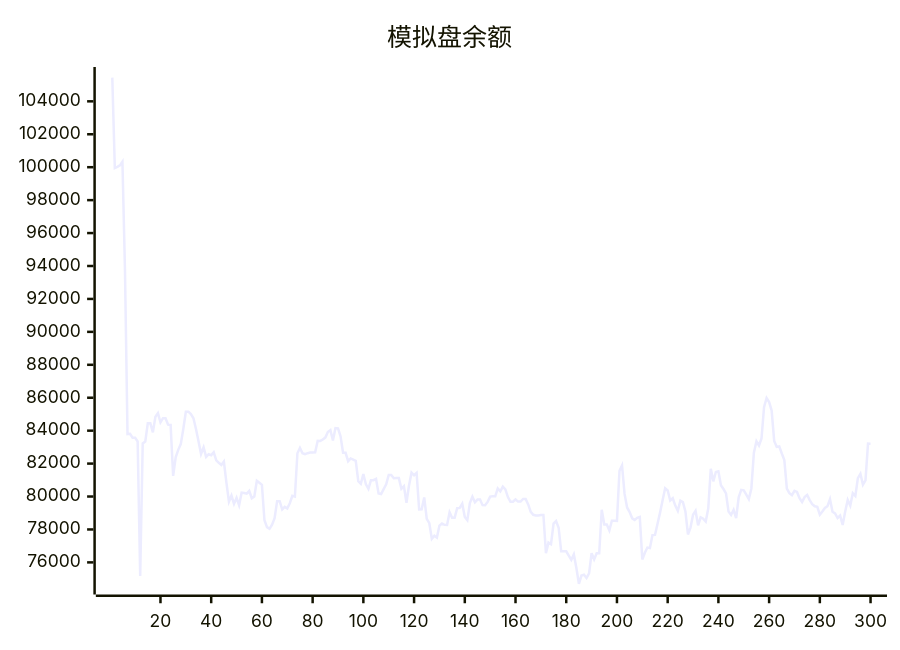
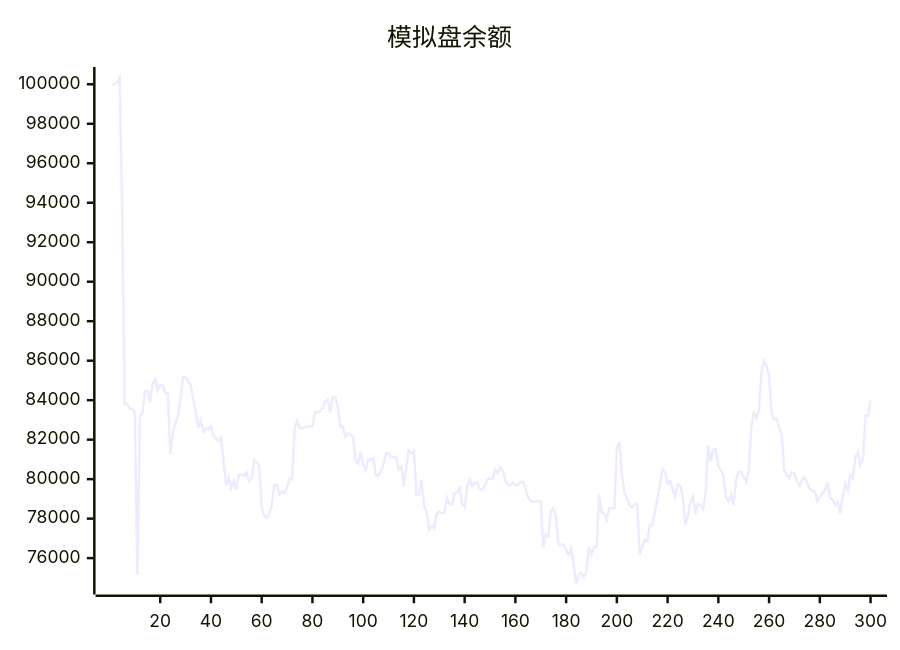
The diagram in README.md (aahl/ai-trading), drawn with Mermaid before and after one commit. The commit also changed other lines of this file and 1 other file, not shown here.

````diff
--- a/README.md
+++ b/README.md
@@ -5,5 +5,5 @@
 ```mermaid
 xychart
     title "模拟盘余额"
-    line [105440,99950,100017,100113,100337,93749,83795,83807,83567,83567,83342,75168,83222,83336,84448,84449,83896,84839,85065,84499,84757,84757,84364,84347,81254,82385,82835,83184,84099,85150,85150,85002,84751,84096,83356,82582,82983,82404,82572,82512,82688,82200,82047,81920,82125,80840,79688,80060,79552,79920,79470,80236,80208,80170,80336,79894,80006,80954,80837,80712,78561,78139,78037,78293,78682,79720,79720,79214,79372,79279,79591,80046,79993,82625,82950,82626,82571,82633,82670,82670,82681,83386,83378,83464,83579,83920,84037,83402,84160,84142,83652,82655,82655,82145,82315,82243,82163,80934,80770,81371,80742,80468,80989,80989,81067,80191,80155,80450,80737,81309,81309,81106,81119,81119,80471,80631,79624,80670,81448,81290,81429,79212,79222,79940,78643,78380,77432,77623,77504,78235,78358,78284,78277,79048,78714,78714,79290,79308,79567,78763,78563,79603,79988,79652,79813,79813,79476,79469,79673,79995,80015,80015,80486,80314,80600,80436,79966,79689,79689,79819,79692,79692,79850,79850,79518,79071,78889,78850,78850,78878,78878,76554,77202,77103,78357,78510,78106,76678,76677,76672,76411,76159,76485,75656,74695,75197,75246,75052,75334,76564,76179,76553,76551,79196,78300,78300,77944,78531,78531,78521,81564,81884,80160,79335,79055,78675,78580,78708,78764,76179,76586,76902,76876,77658,77669,78346,79023,79769,80497,80366,79761,79896,79448,79126,79749,79658,79097,77695,78114,78888,79126,78249,78738,78653,78478,79271,81680,80923,81488,81527,80681,80455,80190,79084,78879,79193,78686,79954,80403,80374,80118,79848,80491,82665,83351,83098,83525,85430,85983,85737,85221,83378,83014,83043,82613,82216,80477,80208,80081,80348,80277,79894,79670,79965,80093,79786,79542,79406,79371,78893,79087,79304,79406,79841,79072,78978,78696,78846,78272,79085,79787,79442,80198,80031,81120,81379,80718,80985,83214,83212]
+    line [99950,100017,100113,100337,93749,83795,83807,83567,83567,83342,75168,83222,83336,84448,84449,83896,84839,85065,84499,84757,84757,84364,84347,81254,82385,82835,83184,84099,85150,85150,85002,84751,84096,83356,82582,82983,82404,82572,82512,82688,82200,82047,81920,82125,80840,79688,80060,79552,79920,79470,80236,80208,80170,80336,79894,80006,80954,80837,80712,78561,78139,78037,78293,78682,79720,79720,79214,79372,79279,79591,80046,79993,82625,82950,82626,82571,82633,82670,82670,82681,83386,83378,83464,83579,83920,84037,83402,84160,84142,83652,82655,82655,82145,82315,82243,82163,80934,80770,81371,80742,80468,80989,80989,81067,80191,80155,80450,80737,81309,81309,81106,81119,81119,80471,80631,79624,80670,81448,81290,81429,79212,79222,79940,78643,78380,77432,77623,77504,78235,78358,78284,78277,79048,78714,78714,79290,79308,79567,78763,78563,79603,79988,79652,79813,79813,79476,79469,79673,79995,80015,80015,80486,80314,80600,80436,79966,79689,79689,79819,79692,79692,79850,79850,79518,79071,78889,78850,78850,78878,78878,76554,77202,77103,78357,78510,78106,76678,76677,76672,76411,76159,76485,75656,74695,75197,75246,75052,75334,76564,76179,76553,76551,79196,78300,78300,77944,78531,78531,78521,81564,81884,80160,79335,79055,78675,78580,78708,78764,76179,76586,76902,76876,77658,77669,78346,79023,79769,80497,80366,79761,79896,79448,79126,79749,79658,79097,77695,78114,78888,79126,78249,78738,78653,78478,79271,81680,80923,81488,81527,80681,80455,80190,79084,78879,79193,78686,79954,80403,80374,80118,79848,80491,82665,83351,83098,83525,85430,85983,85737,85221,83378,83014,83043,82613,82216,80477,80208,80081,80348,80277,79894,79670,79965,80093,79786,79542,79406,79371,78893,79087,79304,79406,79841,79072,78978,78696,78846,78272,79085,79787,79442,80198,80031,81120,81379,80718,80985,83214,83212,83993]
 ```
````
